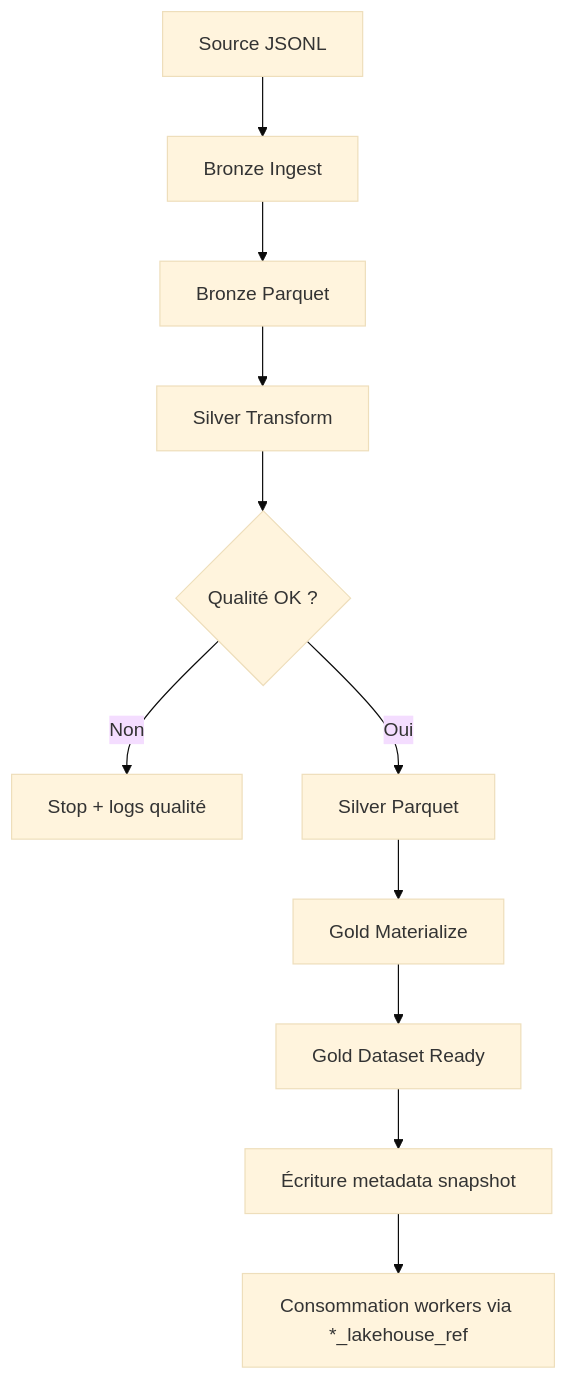
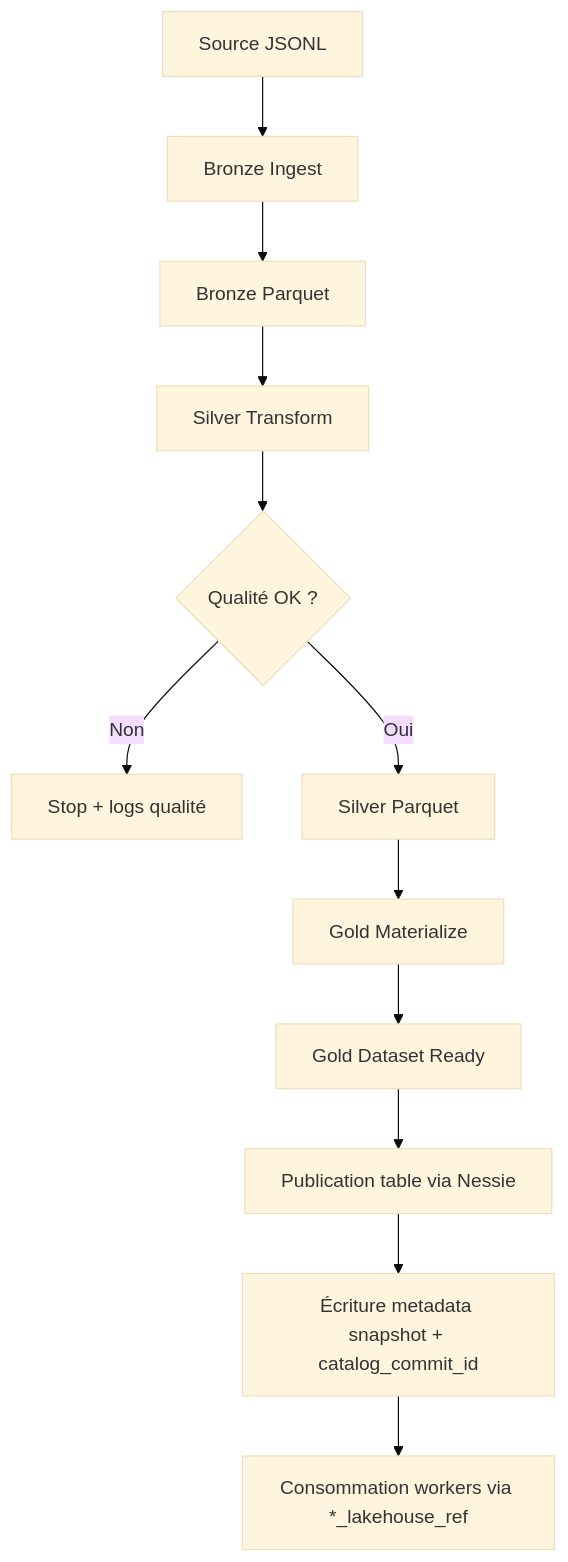
The third of 4 diagrams in docs/uml_schemas.md (tecuzin/mlops), drawn with Mermaid (base theme) before and after one commit. The commit also changed other lines of this file and 22 other files, not shown here.

First line of the commit message:
feat: wire Nessie catalog into lakehouse runtime flow

````diff
--- a/docs/uml_schemas.md
+++ b/docs/uml_schemas.md
@@ -67,13 +67,14 @@
 ```mermaid
 flowchart TD
     A[Source JSONL] --> B[Bronze Ingest]
     B --> C[Bronze Parquet]
     C --> D[Silver Transform]
     D --> E{Qualité OK ?}
     E -- Non --> F[Stop + logs qualité]
     E -- Oui --> G[Silver Parquet]
     G --> H[Gold Materialize]
     H --> I[Gold Dataset Ready]
-    I --> J[Écriture metadata snapshot]
+    I --> N[Publication table via Nessie]
+    N --> J[Écriture metadata snapshot + catalog_commit_id]
     J --> K[Consommation workers via *_lakehouse_ref]
 ```
````
